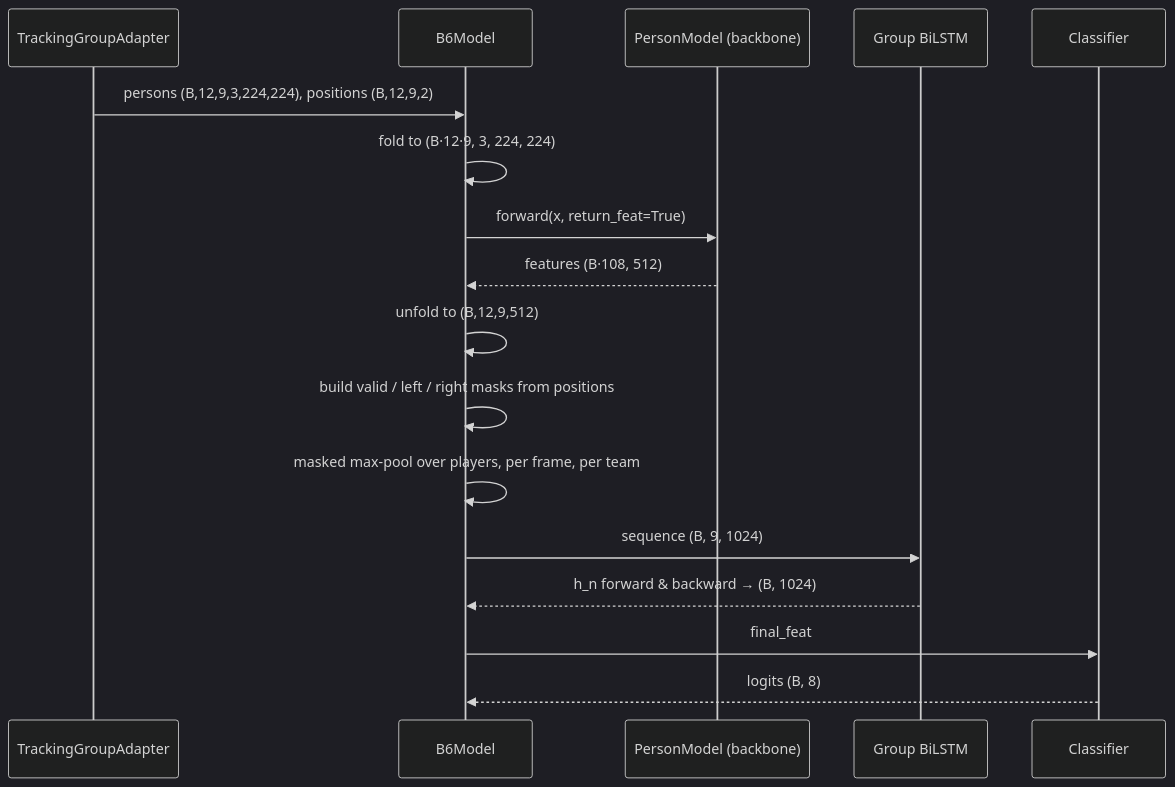
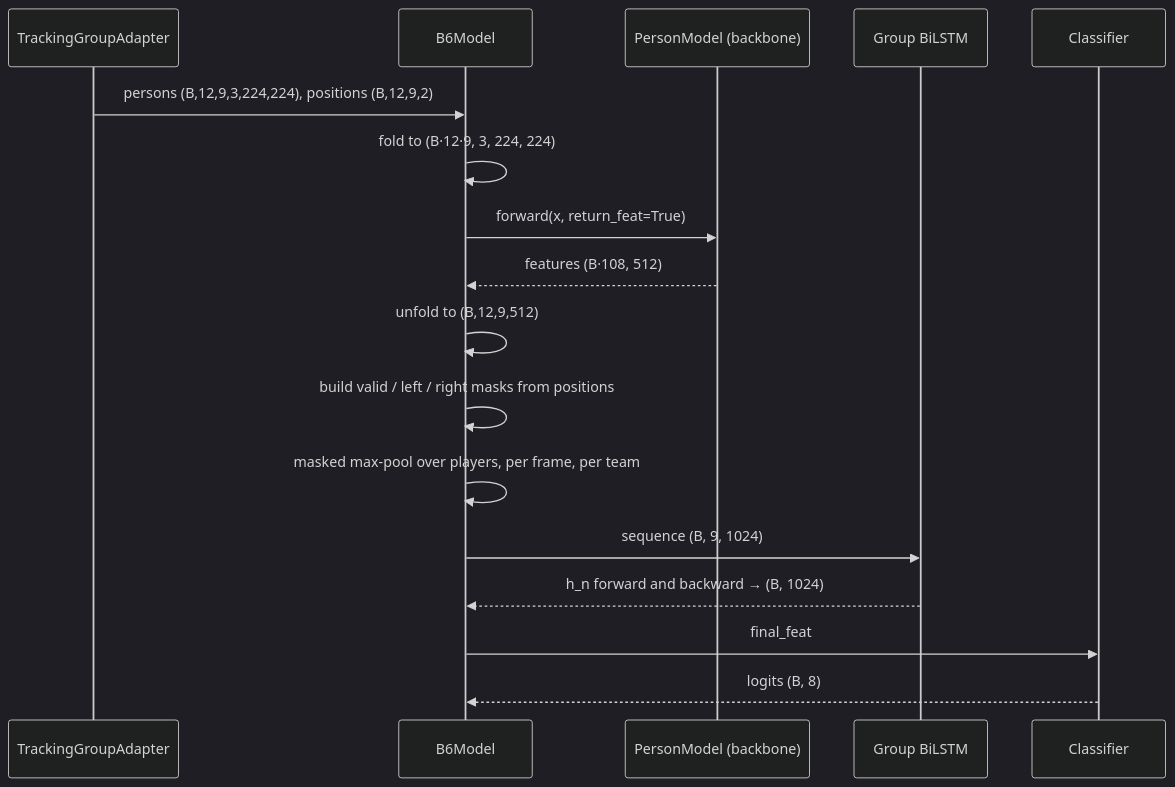
Before and after one commit to Abdo-Gamal/volleyball_project: diagram 16 of 23 in README.md, drawn with Mermaid (dark theme). The commit also changed other lines of this file, not shown here.

````diff
--- a/README.md
+++ b/README.md
@@ -718,19 +718,19 @@
 ```mermaid
 sequenceDiagram
     participant A as TrackingGroupAdapter
     participant M as B6Model
     participant PM as PersonModel (backbone)
     participant L as Group BiLSTM
     participant C as Classifier
     A->>M: persons (B,12,9,3,224,224), positions (B,12,9,2)
     M->>M: fold to (B·12·9, 3, 224, 224)
     M->>PM: forward(x, return_feat=True)
     PM-->>M: features (B·108, 512)
     M->>M: unfold to (B,12,9,512)
     M->>M: build valid / left / right masks from positions
     M->>M: masked max-pool over players, per frame, per team
     M->>L: sequence (B, 9, 1024)
-    L-->>M: h_n forward & backward → (B, 1024)
+    L-->>M: h_n forward and backward → (B, 1024)
     M->>C: final_feat
     C-->>M: logits (B, 8)
 ```
````
